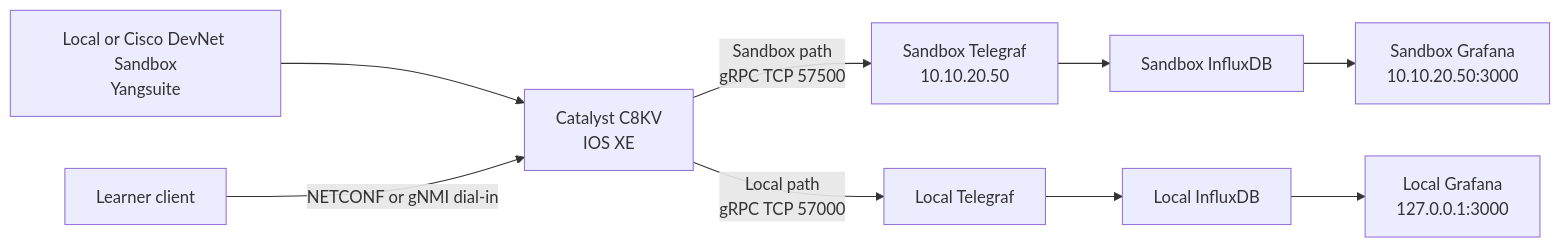
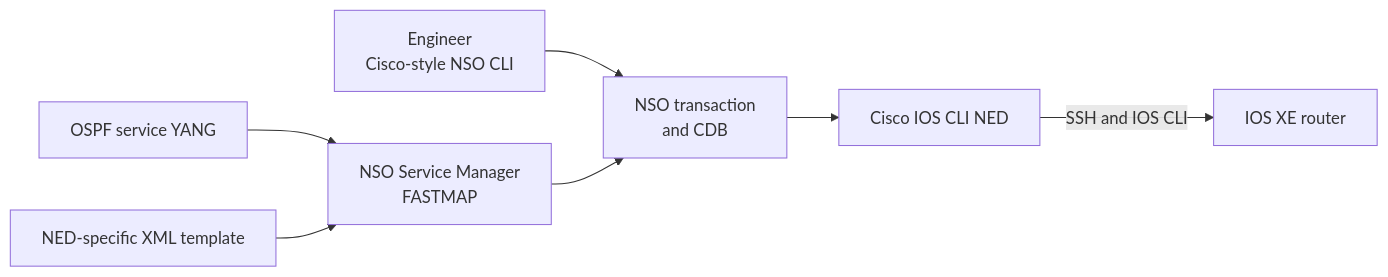
The diagram in LAB/Lab13/Lab13.md (tanthanh85/CCNPAUTO), drawn with Mermaid before and after one commit. The commit also changed other lines of this file and 113 other files, not shown here.

````diff
--- a/LAB/Lab13/Lab13.md
+++ b/LAB/Lab13/Lab13.md
@@ -24,11 +24,9 @@
 ```mermaid
 flowchart LR
-    Y["Local or Cisco DevNet Sandbox<br/>Yangsuite"] --> XE["Catalyst C8KV<br/>IOS XE"]
-    C["Learner client"] -->|"NETCONF or gNMI dial-in"| XE
-    XE -->|"Sandbox path<br/>gRPC TCP 57500"| ST["Sandbox Telegraf<br/>10.10.20.50"]
-    ST --> SI["Sandbox InfluxDB"]
-    SI --> SG["Sandbox Grafana<br/>10.10.20.50:3000"]
-    XE -->|"Local path<br/>gRPC TCP 57000"| LT["Local Telegraf"]
-    LT --> LI["Local InfluxDB"]
-    LI --> LG["Local Grafana<br/>127.0.0.1:3000"]
+    Operator["Engineer<br/>Cisco-style NSO CLI"] --> CDB["NSO transaction<br/>and CDB"]
+    YANG["OSPF service YANG"] --> Service["NSO Service Manager<br/>FASTMAP"]
+    Template["NED-specific XML template"] --> Service
+    Service --> CDB
+    CDB --> NED["Cisco IOS CLI NED"]
+    NED -->|"SSH and IOS CLI"| XE["IOS XE router"]
 ```
````
